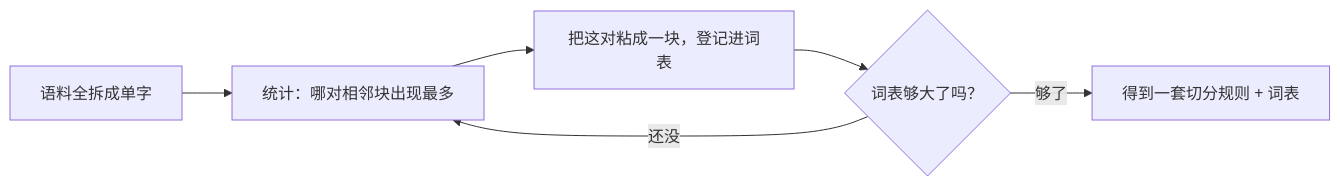
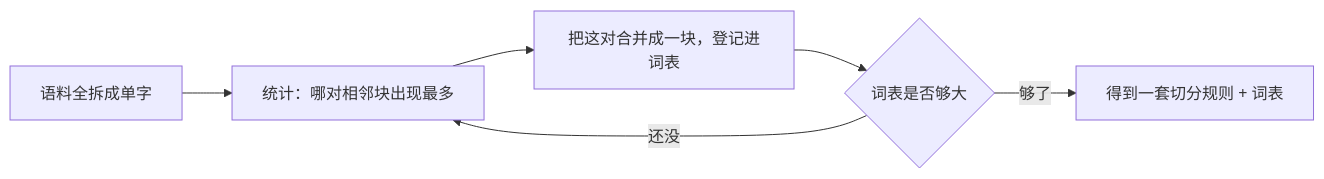
Before and after one commit to xxxAndlk/AI_Agent_Learning_path: the first of 2 diagrams in 02.AI底层基础/第05课_Token与Embedding/第05课.md, drawn with Mermaid. The commit also changed other lines of this file and 4 other files, not shown here.

````diff
--- a/02.AI底层基础/第05课_Token与Embedding/第05课.md
+++ b/02.AI底层基础/第05课_Token与Embedding/第05课.md
@@ -72,8 +72,8 @@
 ```mermaid
 flowchart LR
     A["语料全拆成单字"] --> B["统计：哪对相邻块出现最多"]
-    B --> C["把这对粘成一块，登记进词表"]
-    C --> D{"词表够大了吗？"}
+    B --> C["把这对合并成一块，登记进词表"]
+    C --> D{"词表是否够大"}
     D -- 还没 --> B
     D -- 够了 --> E["得到一套切分规则 + 词表"]
 ```
````
